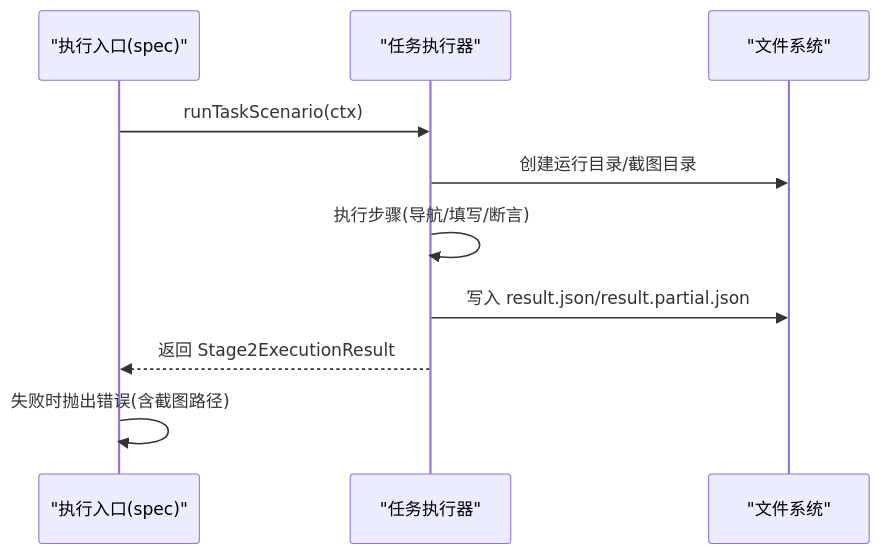
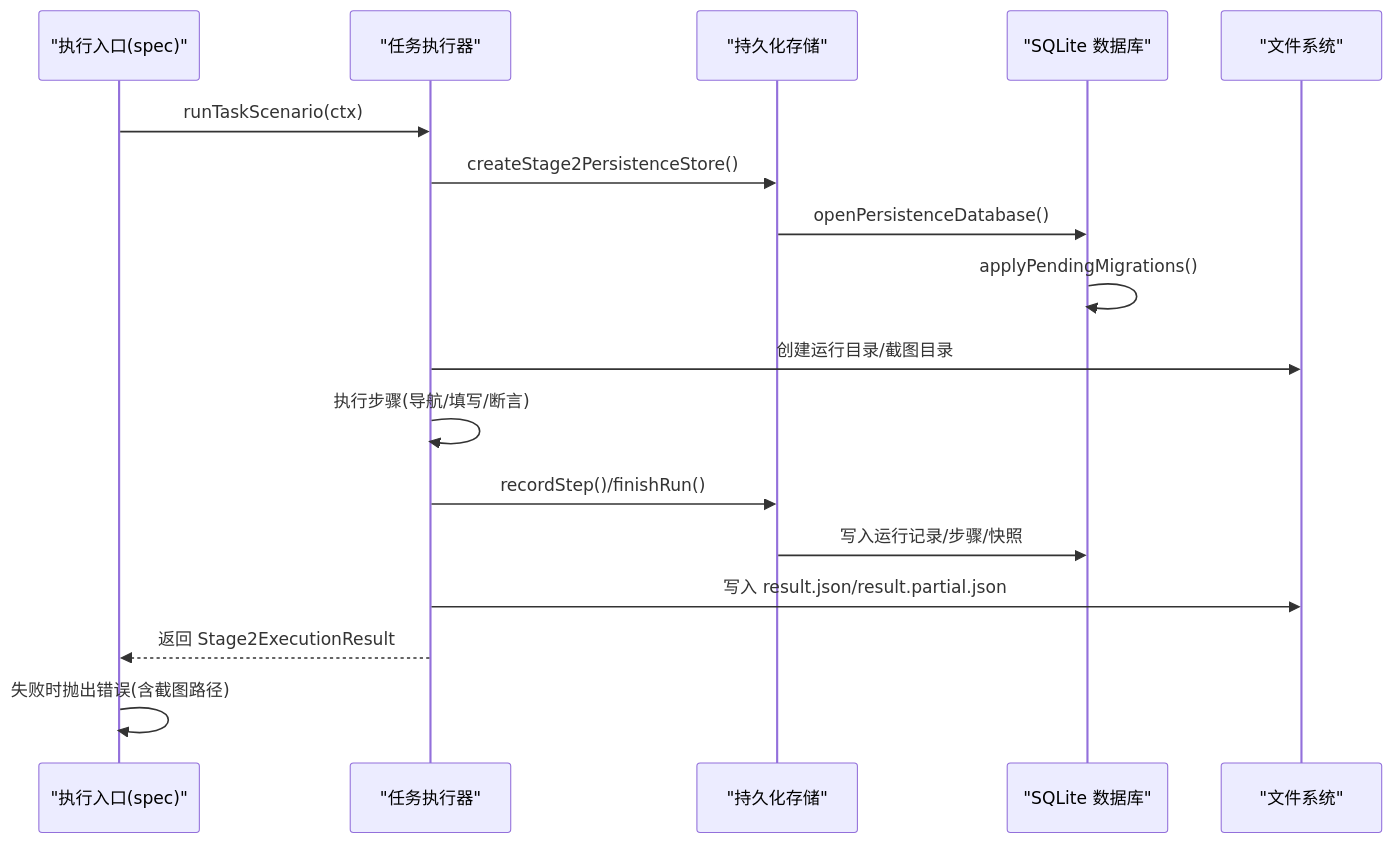
The sixth of 8 diagrams in .qoder/repowiki/zh/content/部署运维/部署运维.md (Jiane-EJ/playwright-mind), drawn with Mermaid before and after one commit. The commit also changed other lines of this file and 7 other files, not shown here.

````diff
--- a/.qoder/repowiki/zh/content/部署运维/部署运维.md
+++ b/.qoder/repowiki/zh/content/部署运维/部署运维.md
@@ -261,12 +317,19 @@
 ```mermaid
 sequenceDiagram
 participant Spec as "执行入口(spec)"
 participant Runner as "任务执行器"
+participant Store as "持久化存储"
+participant DB as "SQLite 数据库"
 participant FS as "文件系统"
 Spec->>Runner : runTaskScenario(ctx)
+Runner->>Store : createStage2PersistenceStore()
+Store->>DB : openPersistenceDatabase()
+DB->>DB : applyPendingMigrations()
 Runner->>FS : 创建运行目录/截图目录
 Runner->>Runner : 执行步骤(导航/填写/断言)
+Runner->>Store : recordStep()/finishRun()
+Store->>DB : 写入运行记录/步骤/快照
 Runner->>FS : 写入 result.json/result.partial.json
 Runner-->>Spec : 返回 Stage2ExecutionResult
 Spec->>Spec : 失败时抛出错误(含截图路径)
 ```
````
